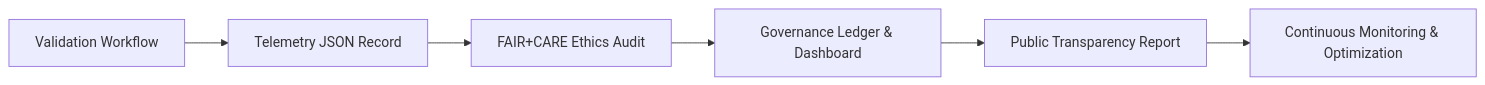
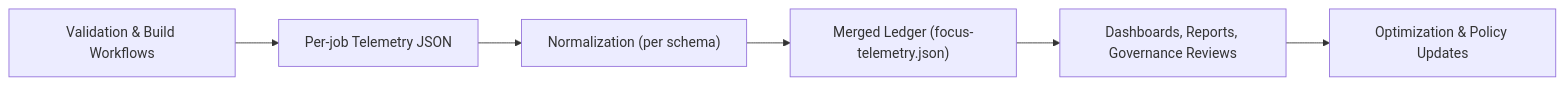
One commit to bartytime4life/Kansas-Frontier-Matrix changed the second of 2 diagrams in docs/telemetry/README.md. Above: the diagram before and after it, drawn with Mermaid. The commit also changed other lines of this file, not shown here.

````diff
--- a/docs/telemetry/README.md
+++ b/docs/telemetry/README.md
@@ -200,8 +226,8 @@
 ```mermaid
 flowchart LR
-A["Validation Workflow"] --> B["Telemetry JSON Record"]
-B --> C["FAIR+CARE Ethics Audit"]
-C --> D["Governance Ledger & Dashboard"]
-D --> E["Public Transparency Report"]
-E --> F["Continuous Monitoring & Optimization"]
+  A["Validation & Build Workflows"] --> B["Per-job Telemetry JSON"]
+  B --> C["Normalization (per schema)"]
+  C --> D["Merged Ledger (focus-telemetry.json)"]
+  D --> E["Dashboards, Reports, Governance Reviews"]
+  E --> F["Optimization & Policy Updates"]
 ```
````
